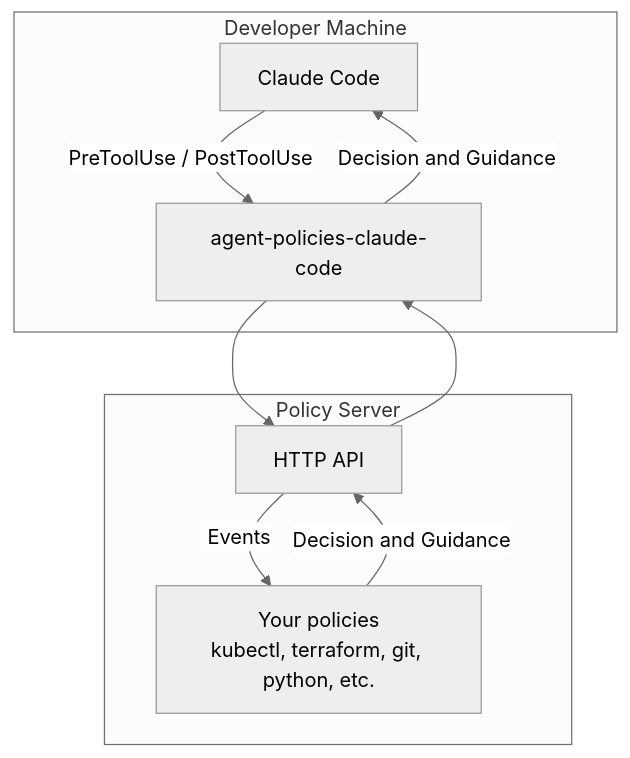
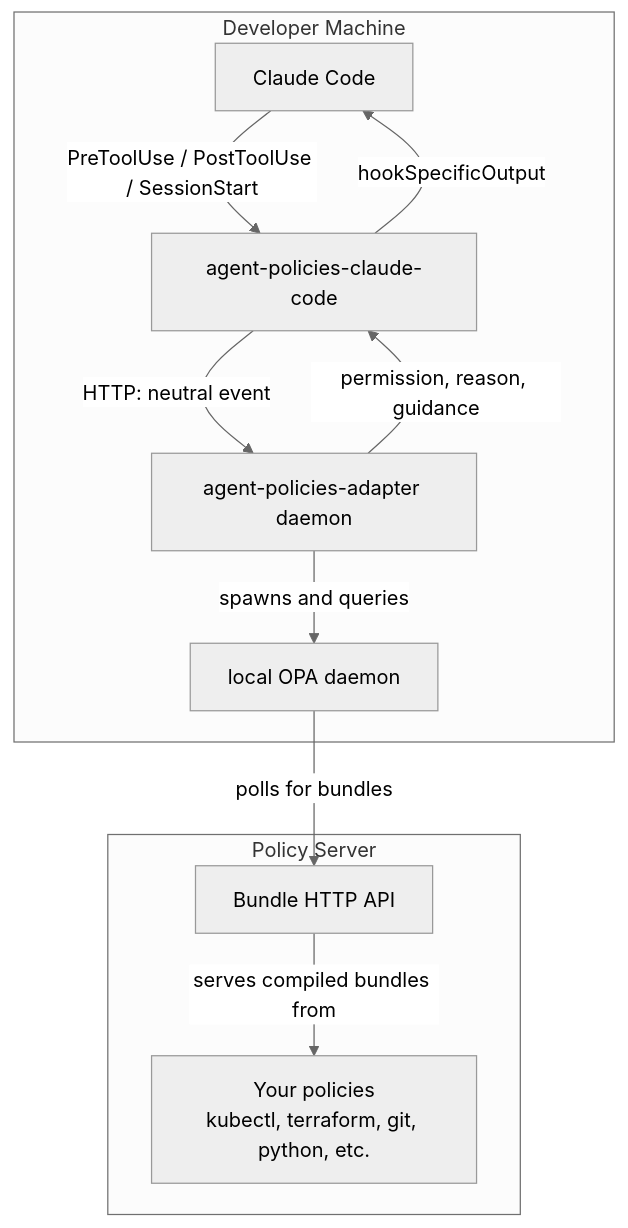
One commit to Devleaps/agent-policies-claude-code changed the diagram in README.md. Above: the diagram before and after it, drawn with Mermaid (neutral theme). The commit also changed other lines of this file and 9 other files, not shown here.

First line of the commit message:
Strip plugin to a thin shim invoking agent-policies-adapter

````diff
--- a/README.md
+++ b/README.md
@@ -16,19 +18,22 @@
 ```mermaid
 graph TB
     subgraph "Developer Machine"
         Editor[Claude Code]
         Client[agent-policies-claude-code]
+        Adapter[agent-policies-adapter daemon]
+        OPA[local OPA daemon]
     end
 
     subgraph "Policy Server"
-        Server[HTTP API]
+        Server[Bundle HTTP API]
         Policies[Your policies<br/>kubectl, terraform, git, python, etc.]
     end
 
-    Editor -->|PreToolUse / PostToolUse| Client
-    Client --> Server
-    Server -->|Events| Policies
-    Policies -->|Decision and Guidance| Server
-    Server --> Client
-    Client -->|Decision and Guidance| Editor
+    Editor -->|PreToolUse / PostToolUse / SessionStart| Client
+    Client -->|HTTP: neutral event| Adapter
+    Adapter -->|spawns and queries| OPA
+    OPA -->|polls for bundles| Server
+    Server -->|serves compiled bundles from| Policies
+    Adapter -->|permission, reason, guidance| Client
+    Client -->|hookSpecificOutput| Editor
 ```
````
